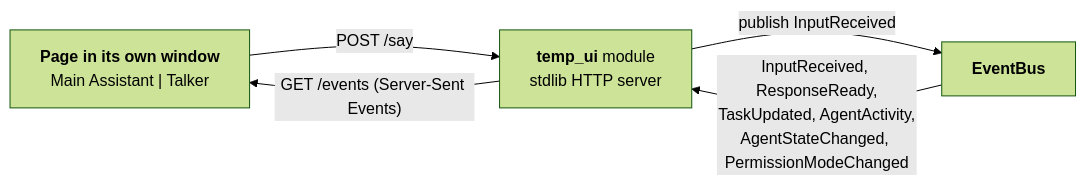
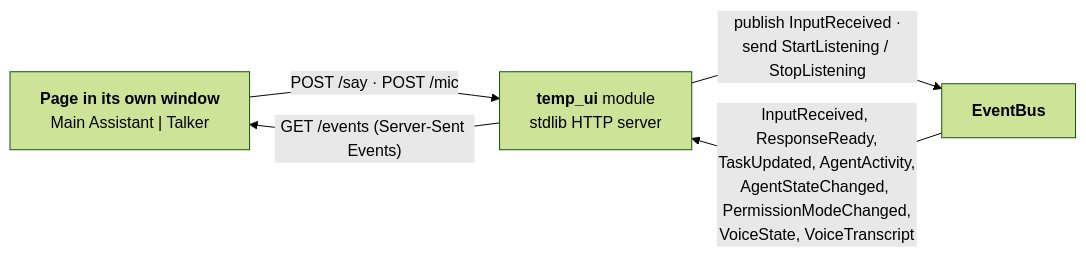
Before and after one commit to sharramon/AI_Assistant: the second of 11 diagrams in docs/agents/runtime.md, drawn with Mermaid (forest theme). The commit also changed other lines of this file and 20 other files, not shown here.

Commit message:
Voice in step 4: the temp UI's mic button and live line

````diff
--- a/docs/agents/runtime.md
+++ b/docs/agents/runtime.md
@@ -53,11 +53,11 @@
 ```mermaid
 flowchart LR
     Browser["<b>Page in its own window</b><br/>Main Assistant | Talker"]
     UI["<b>temp_ui</b> module<br/>stdlib HTTP server"]
     Bus["<b>EventBus</b>"]
 
-    Browser -- "POST /say" --> UI
-    UI -- "publish InputReceived" --> Bus
-    Bus -- "InputReceived, ResponseReady,<br/>TaskUpdated, AgentActivity,<br/>AgentStateChanged, PermissionModeChanged" --> UI
+    Browser -- "POST /say · POST /mic" --> UI
+    UI -- "publish InputReceived ·<br/>send StartListening / StopListening" --> Bus
+    Bus -- "InputReceived, ResponseReady,<br/>TaskUpdated, AgentActivity,<br/>AgentStateChanged, PermissionModeChanged,<br/>VoiceState, VoiceTranscript" --> UI
     UI -- "GET /events (Server-Sent Events)" --> Browser
 ```
````
